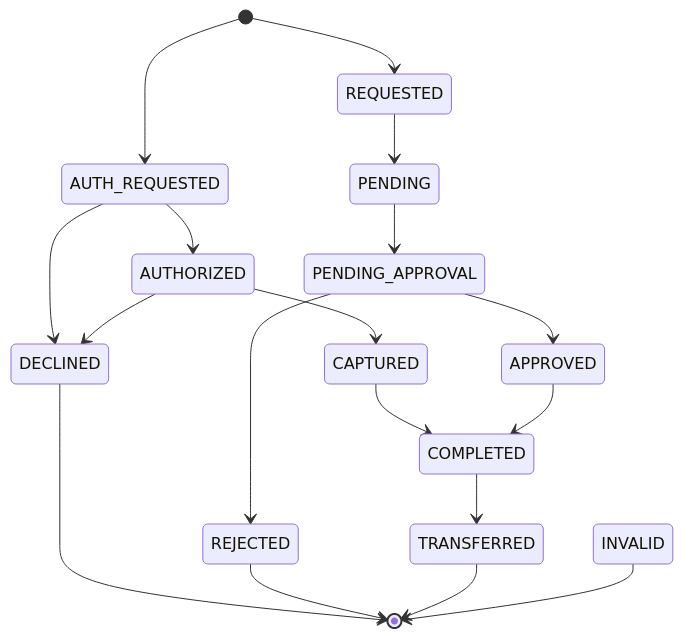
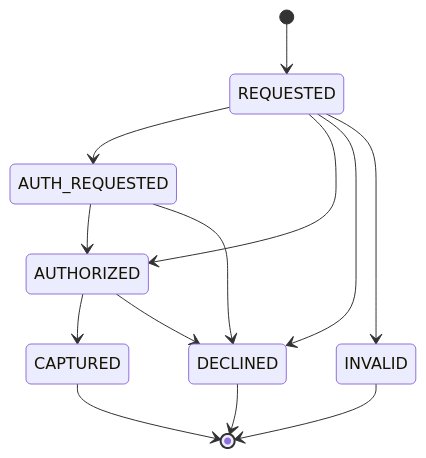
The second of 4 diagrams in docs/card-payments.md (KumaaGroup/platform-merchant-api), drawn with Mermaid before and after one commit. The commit also changed other lines of this file, not shown here.

First line of the commit message:
docs(card-payments): drop TRANSFERRED, fix card-payment lifecycle

````diff
--- a/docs/card-payments.md
+++ b/docs/card-payments.md
@@ -144,20 +143,15 @@
 ```mermaid
 stateDiagram-v2
-    [*] --> AUTH_REQUESTED
     [*] --> REQUESTED
+    REQUESTED --> AUTH_REQUESTED
+    REQUESTED --> AUTHORIZED
+    REQUESTED --> DECLINED
+    REQUESTED --> INVALID
     AUTH_REQUESTED --> AUTHORIZED
     AUTH_REQUESTED --> DECLINED
     AUTHORIZED --> CAPTURED
     AUTHORIZED --> DECLINED
-    CAPTURED --> COMPLETED
-    COMPLETED --> TRANSFERRED
-    REQUESTED --> PENDING
-    PENDING --> PENDING_APPROVAL
-    PENDING_APPROVAL --> APPROVED
-    PENDING_APPROVAL --> REJECTED
-    APPROVED --> COMPLETED
+    CAPTURED --> [*]
     DECLINED --> [*]
-    REJECTED --> [*]
-    TRANSFERRED --> [*]
     INVALID --> [*]
 ```
````
